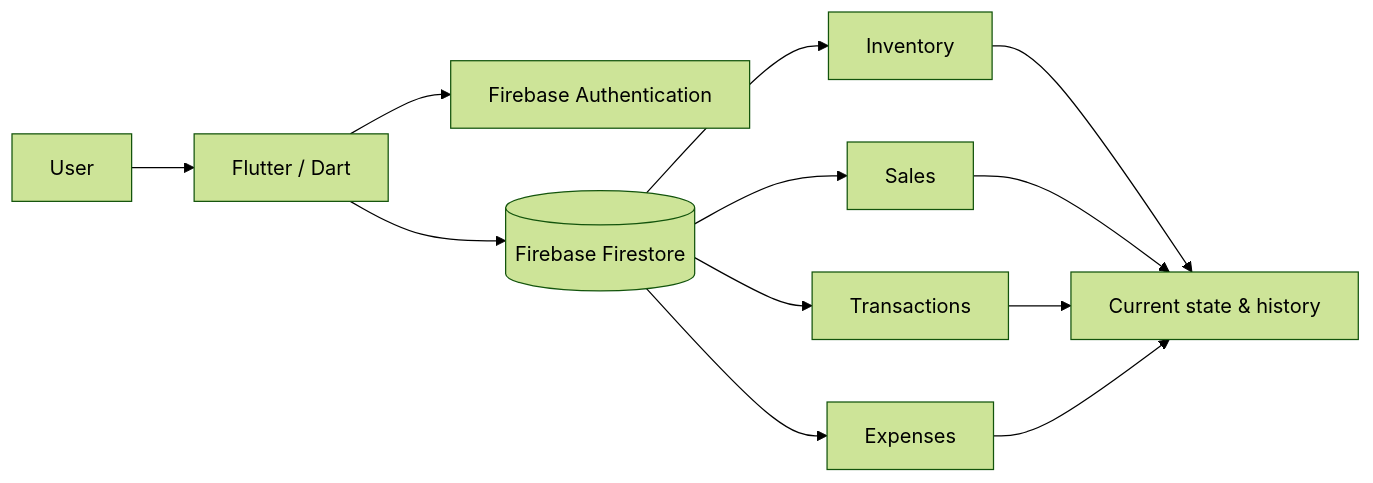
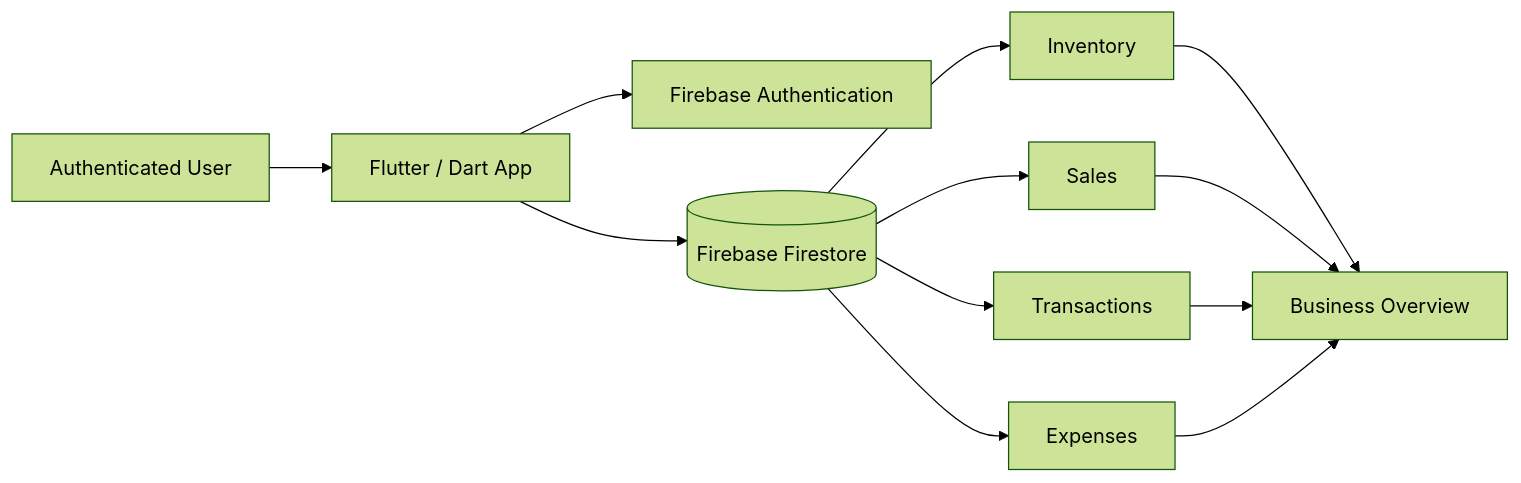
One commit to sebghat77/inventory-management-mobile-app changed the diagram in README.md. Above: the diagram before and after it, drawn with Mermaid (forest theme). The commit also changed other lines of this file and 3 other files, not shown here.

````diff
--- a/README.md
+++ b/README.md
@@ -44,14 +59,14 @@
-```mermaid
+~~~mermaid
 flowchart LR
-    U[User] --> A[Flutter / Dart]
+    U[Authenticated User] --> A[Flutter / Dart App]
     A --> AU[Firebase Authentication]
     A --> F[(Firebase Firestore)]
     F --> I[Inventory]
     F --> S[Sales]
     F --> T[Transactions]
     F --> E[Expenses]
-    I --> O[Current state & history]
+    I --> O[Business Overview]
     S --> O
     T --> O
     E --> O
-```
+~~~
````
